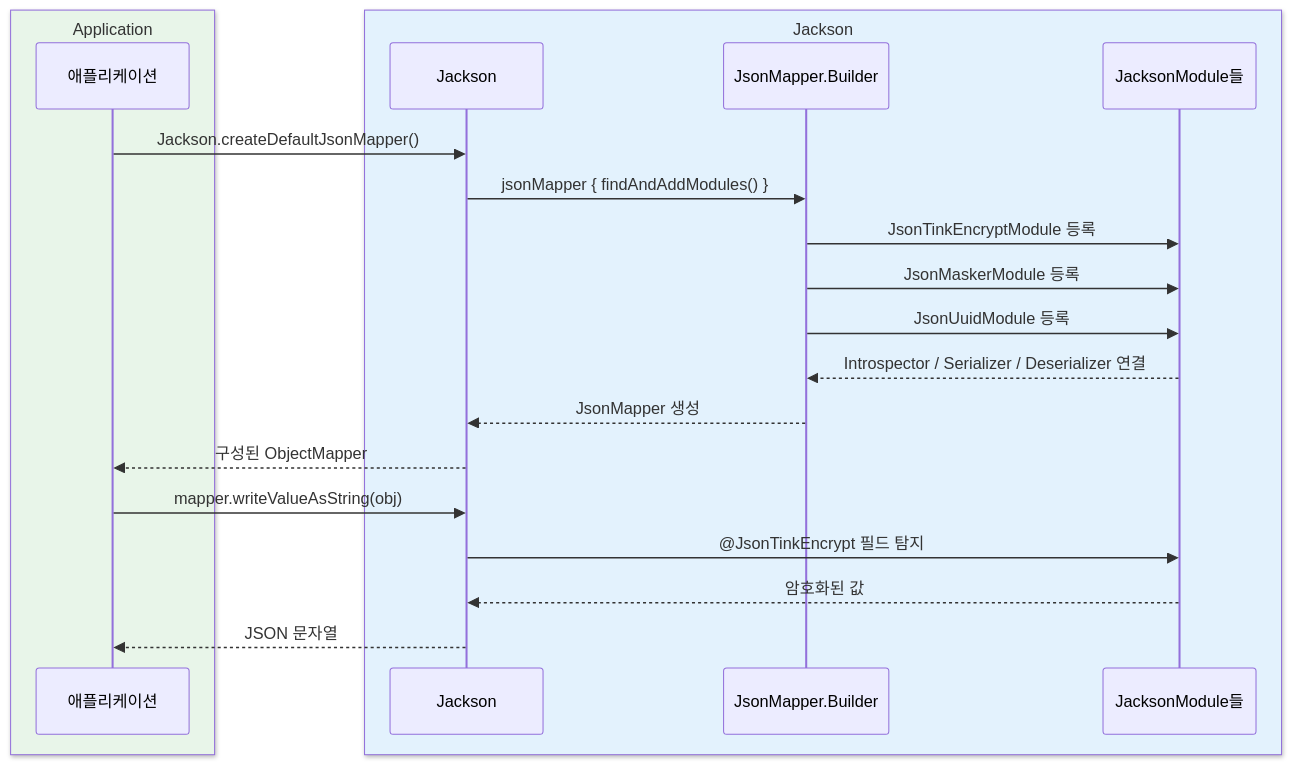
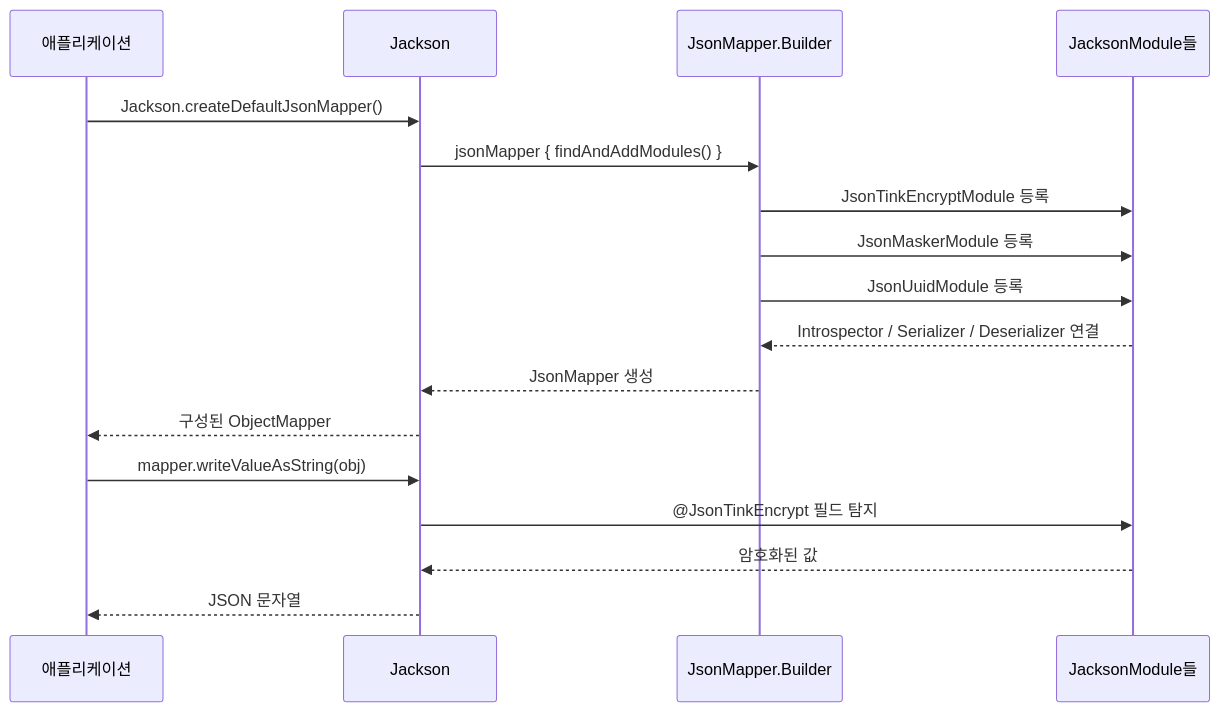
Before and after one commit to bluetape4k/bluetape4k-projects: the third of 3 diagrams in io/jackson3/README.ko.md, drawn with Mermaid. The commit also changed other lines of this file and 219 other files, not shown here.

First line of the commit message:
docs: 전체 README Mermaid 다이어그램 가이드 적용

````diff
--- a/io/jackson3/README.ko.md
+++ b/io/jackson3/README.ko.md
@@ -376,25 +376,21 @@
 ```mermaid
 sequenceDiagram
-    box rgb(232, 245, 233) Application
         participant 앱 as 애플리케이션
-    end
-    box rgb(227, 242, 253) Jackson
         participant J as Jackson
         participant M as JsonMapper.Builder
         participant MOD as JacksonModule들
-    end
 
     앱->>J: Jackson.createDefaultJsonMapper()
     J->>M: jsonMapper { findAndAddModules() }
     M->>MOD: JsonTinkEncryptModule 등록
     M->>MOD: JsonMaskerModule 등록
     M->>MOD: JsonUuidModule 등록
     MOD-->>M: Introspector / Serializer / Deserializer 연결
     M-->>J: JsonMapper 생성
     J-->>앱: 구성된 ObjectMapper
 
     앱->>J: mapper.writeValueAsString(obj)
     J->>MOD: @JsonTinkEncrypt 필드 탐지
     MOD-->>J: 암호화된 값
     J-->>앱: JSON 문자열
 ```
````
